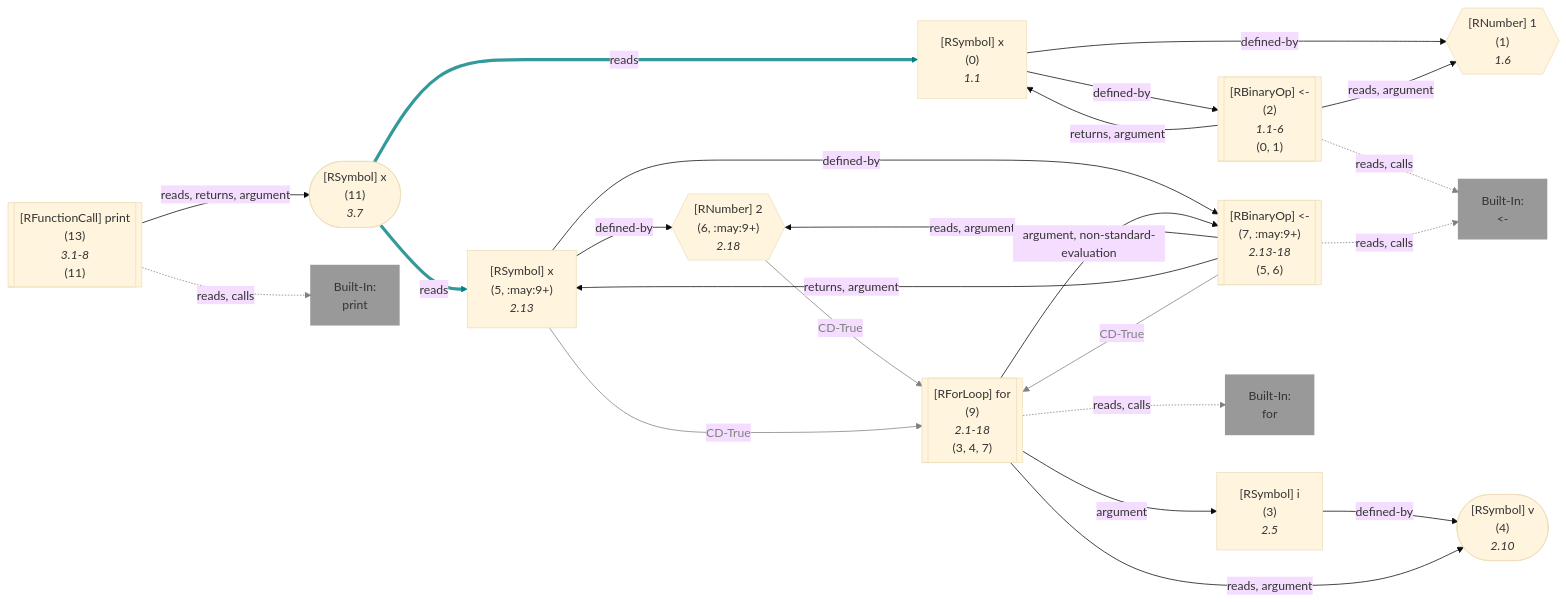
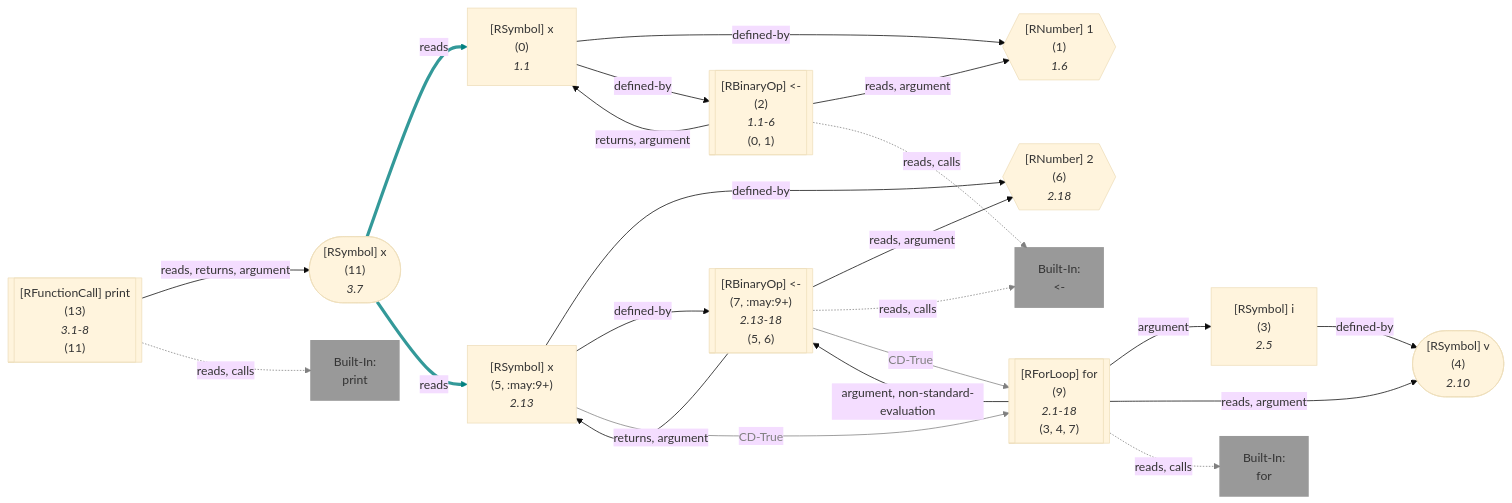
Before and after one commit to flowr-analysis/flowr: the tenth of 54 diagrams in wiki/Dataflow Graph.md, drawn with Mermaid (base theme). The commit also changed other lines of this file and 6 other files, not shown here.

Commit message:
[skip ci] doc: update generated wiki pages (wiki/Normalized AST.md,wiki/Core.md,wiki/Interface.md,wiki/Dataflow Graph.md,wiki/Control Flow Graph.md,wiki/Abstract Interpretation.md,README.md)

````diff
--- a/wiki/Dataflow Graph.md
+++ b/wiki/Dataflow Graph.md
@@ -897,80 +897,78 @@
 ```mermaid
 flowchart LR
     1{{"`#91;RNumber#93; 1
       (1)
       *1.6*`"}}
     0["`#91;RSymbol#93; x
       (0)
       *1.1*`"]
     2[["`#91;RBinaryOp#93; #60;#45;
       (2)
       *1.1-6*
     (0, 1)`"]]
     built-in:_-["`Built-In:
 #60;#45;`"]
     style built-in:_- stroke:gray,fill:gray,stroke-width:2px,opacity:.8;
     3["`#91;RSymbol#93; i
       (3)
       *2.5*`"]
     4(["`#91;RSymbol#93; v
       (4)
       *2.10*`"])
     6{{"`#91;RNumber#93; 2
-      (6, :may:9+)
+      (6)
       *2.18*`"}}
     5["`#91;RSymbol#93; x
       (5, :may:9+)
       *2.13*`"]
     7[["`#91;RBinaryOp#93; #60;#45;
       (7, :may:9+)
       *2.13-18*
     (5, 6)`"]]
     9[["`#91;RForLoop#93; for
       (9)
       *2.1-18*
     (3, 4, 7)`"]]
     built-in:for["`Built-In:
 for`"]
     style built-in:for stroke:gray,fill:gray,stroke-width:2px,opacity:.8;
     11(["`#91;RSymbol#93; x
       (11)
       *3.7*`"])
     13[["`#91;RFunctionCall#93; print
       (13)
       *3.1-8*
     (11)`"]]
     built-in:print["`Built-In:
 print`"]
     style built-in:print stroke:gray,fill:gray,stroke-width:2px,opacity:.8;
     0 -->|"defined-by"| 1
     0 -->|"defined-by"| 2
     2 -->|"reads, argument"| 1
     2 -->|"returns, argument"| 0
     2 -.->|"reads, calls"| built-in:_-
     linkStyle 4 stroke:gray;
     3 -->|"defined-by"| 4
-    6 -->|"CD-True"| 9
-    linkStyle 6 stroke:gray,color:gray;
     5 -->|"defined-by"| 6
     5 -->|"defined-by"| 7
     5 -->|"CD-True"| 9
-    linkStyle 9 stroke:gray,color:gray;
+    linkStyle 8 stroke:gray,color:gray;
     7 -->|"reads, argument"| 6
     7 -->|"returns, argument"| 5
     7 -.->|"reads, calls"| built-in:_-
-    linkStyle 12 stroke:gray;
+    linkStyle 11 stroke:gray;
     7 -->|"CD-True"| 9
-    linkStyle 13 stroke:gray,color:gray;
+    linkStyle 12 stroke:gray,color:gray;
     9 -->|"argument"| 3
     9 -->|"reads, argument"| 4
     9 -->|"argument, non-standard-evaluation"| 7
     9 -.->|"reads, calls"| built-in:for
-    linkStyle 17 stroke:gray;
+    linkStyle 16 stroke:gray;
     11 -->|"reads"| 0
+    linkStyle 17 stroke:teal,stroke-width:4.2px,stroke-opacity:.8
+    11 -->|"reads"| 5
     linkStyle 18 stroke:teal,stroke-width:4.2px,stroke-opacity:.8
-    11 -->|"reads"| 5
-    linkStyle 19 stroke:teal,stroke-width:4.2px,stroke-opacity:.8
     13 -->|"reads, returns, argument"| 11
     13 -.->|"reads, calls"| built-in:print
-    linkStyle 21 stroke:gray;
+    linkStyle 20 stroke:gray;
 ```
````
